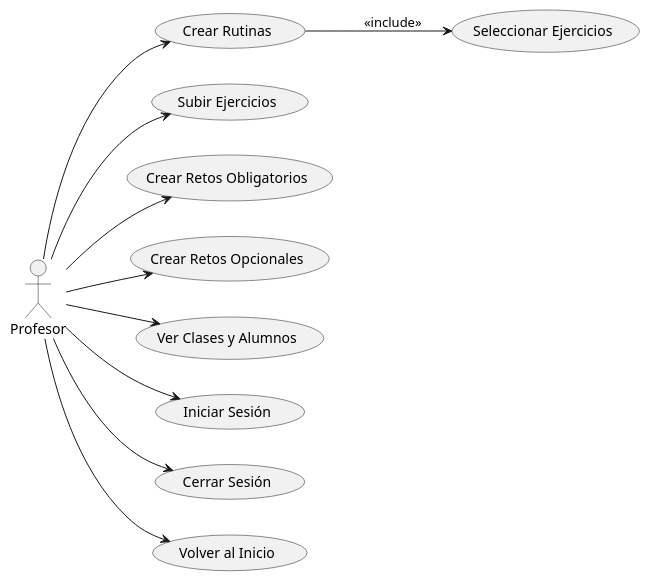
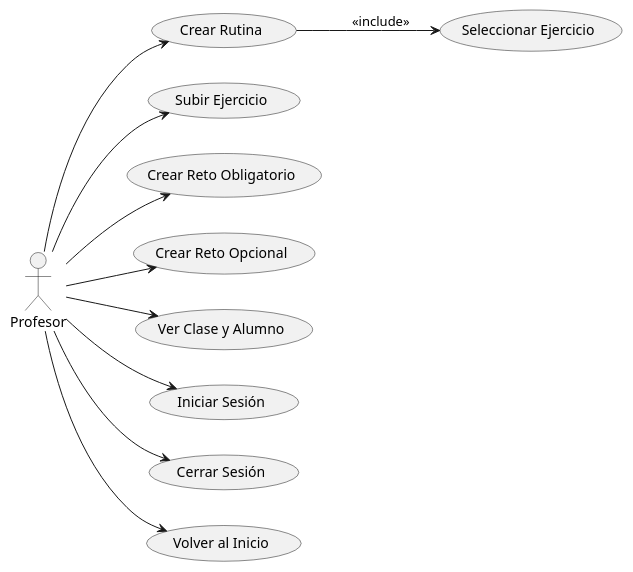
One commit to mmasias/24-25-IdSw1-SDR changed the diagram in Documentos/CasosUso/CdU_Profesor.puml. Above: the diagram before and after it, drawn with PlantUML.

Commit message:
singular

```diff
--- a/Documentos/CasosUso/CdU_Profesor.puml
+++ b/Documentos/CasosUso/CdU_Profesor.puml
@@ -1,27 +1,27 @@
 @startuml
 left to right direction
 
 actor Profesor
 
-usecase "Crear Rutinas" as CrearRutinas
-usecase "Seleccionar Ejercicios" as SeleccionarEjercicios
-usecase "Subir Ejercicios" as SubirEjercicios
-usecase "Crear Retos Obligatorios" as CrearRetosObligatorios
-usecase "Crear Retos Opcionales" as CrearRetosOpcionales
-usecase "Ver Clases y Alumnos" as VerClasesAlumnos
+usecase "Crear Rutina" as CrearRutinas
+usecase "Seleccionar Ejercicio" as SeleccionarEjercicios
+usecase "Subir Ejercicio" as SubirEjercicios
+usecase "Crear Reto Obligatorio" as CrearRetosObligatorios
+usecase "Crear Reto Opcional" as CrearRetosOpcionales
+usecase "Ver Clase y Alumno" as VerClasesAlumnos
 usecase "Iniciar Sesión" as IniciarSesion
 usecase "Cerrar Sesión" as CerrarSesion
 usecase "Volver al Inicio" as VolverInicio
 
 Profesor --> CrearRutinas
 Profesor --> SubirEjercicios
 Profesor --> CrearRetosObligatorios
 Profesor --> CrearRetosOpcionales
 Profesor --> VerClasesAlumnos
 Profesor --> IniciarSesion
 Profesor --> CerrarSesion
 Profesor --> VolverInicio
 
 CrearRutinas --> SeleccionarEjercicios : <<include>>
 
 @enduml
```
